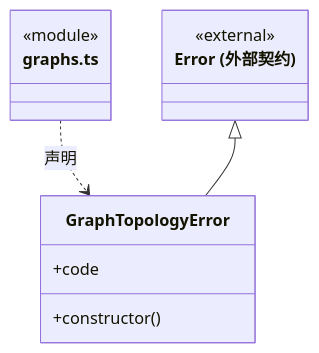
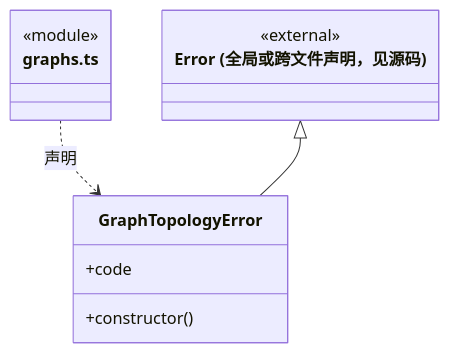
The fourth of 9 diagrams in src/view/foundations/utility/ARCHITECTURE.md (nan023062/cbim), drawn with Mermaid before and after one commit. The commit also changed other lines of this file and 112 other files, not shown here.

Commit message:
docs: align source architecture with current declarations and contracts

````diff
--- a/src/view/foundations/utility/ARCHITECTURE.md
+++ b/src/view/foundations/utility/ARCHITECTURE.md
@@ -168,15 +168,15 @@
 ```mermaid
 classDiagram
 class N_src_view_foundations_utility_graphs_ts["graphs.ts"] {
   <<module>>
 }
 class N_src_view_foundations_utility_graphs_ts_GraphTopologyError["GraphTopologyError"] {
   +code
   +constructor()
 }
 N_src_view_foundations_utility_graphs_ts ..> N_src_view_foundations_utility_graphs_ts_GraphTopologyError : 声明
-class N_src_view_foundations_utility_graphs_ts_external_Error["Error (外部契约)"] {
+class N_src_view_foundations_utility_graphs_ts_external_Error["Error (全局或跨文件声明，见源码)"] {
   <<external>>
 }
 N_src_view_foundations_utility_graphs_ts_external_Error <|-- N_src_view_foundations_utility_graphs_ts_GraphTopologyError
 ```
````
